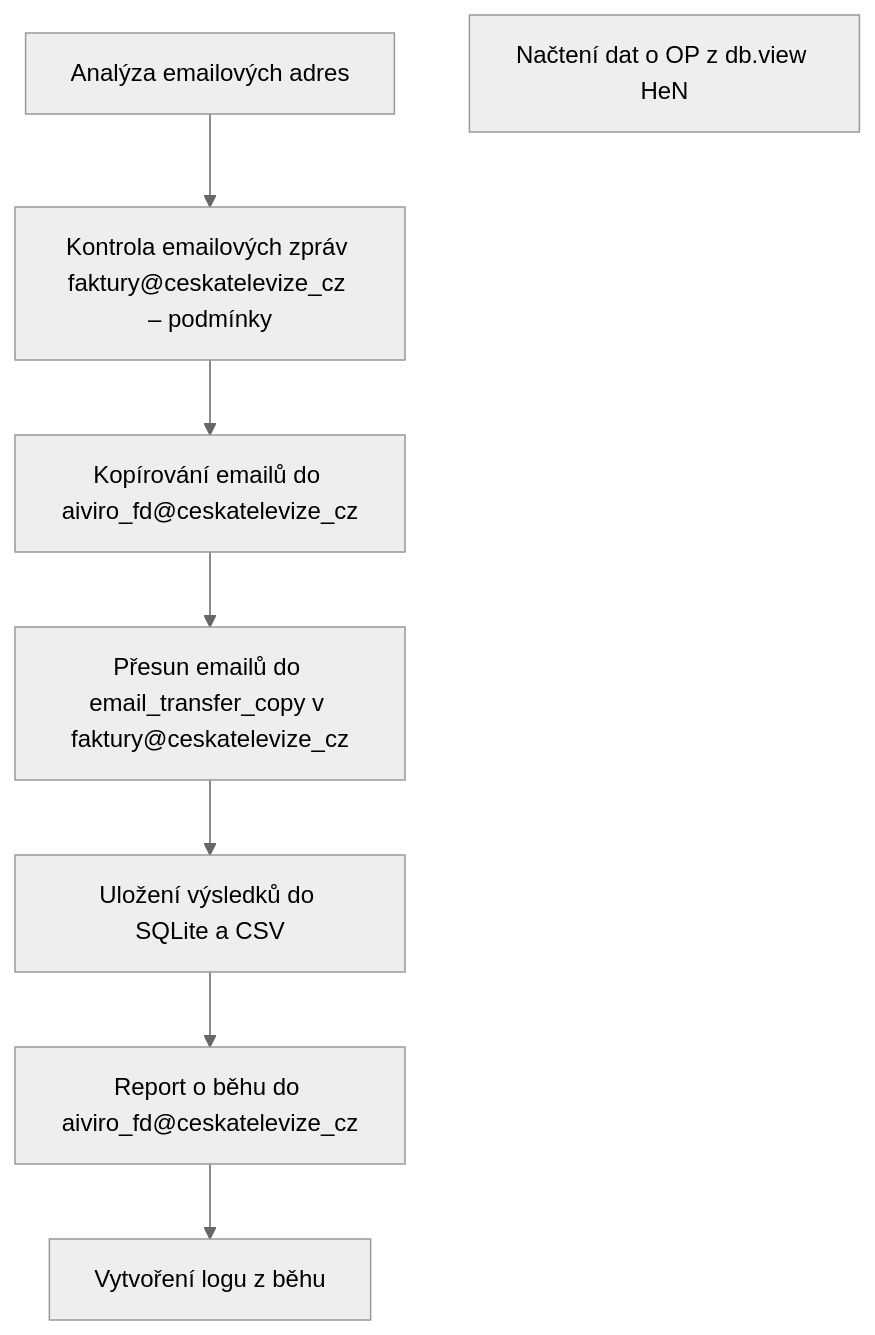
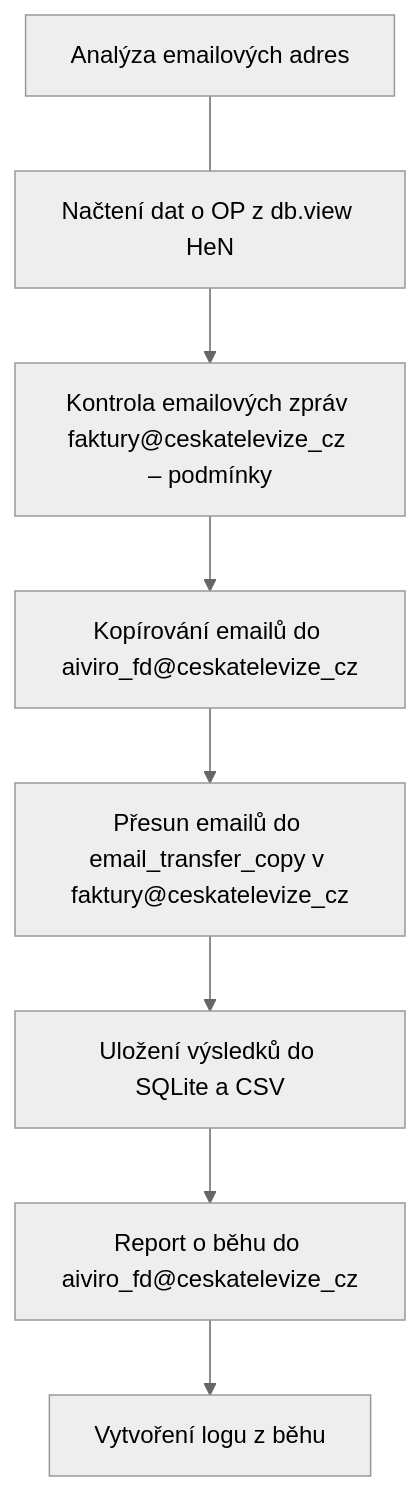
Before and after one commit to Cliff-Diver/00_markdown_mermaid: the fifth of 5 diagrams in mermaid_sample.md, drawn with Mermaid (neutral theme).

````diff
--- a/mermaid_sample.md
+++ b/mermaid_sample.md
@@ -59,20 +59,21 @@
 ```mermaid
 graph TD
   %% Definice uzlů
   A[Analýza emailových adres]
   B[Načtení dat o OP z db.view HeN]
   C[Kontrola emailových zpráv faktury@ceskatelevize_cz – podmínky]
   D[Kopírování emailů do aiviro_fd@ceskatelevize_cz]
   E[Přesun emailů do email_transfer_copy v faktury@ceskatelevize_cz]
   F[Uložení výsledků do SQLite a CSV]
   G[Report o běhu do aiviro_fd@ceskatelevize_cz]
   H[Vytvoření logu z běhu]
 
   %% Vztahy
-  A --> C
+  A --- B
+  B --> C
   C --> D
   D --> E
   E --> F
   F --> G
   G --> H
   ```
````
